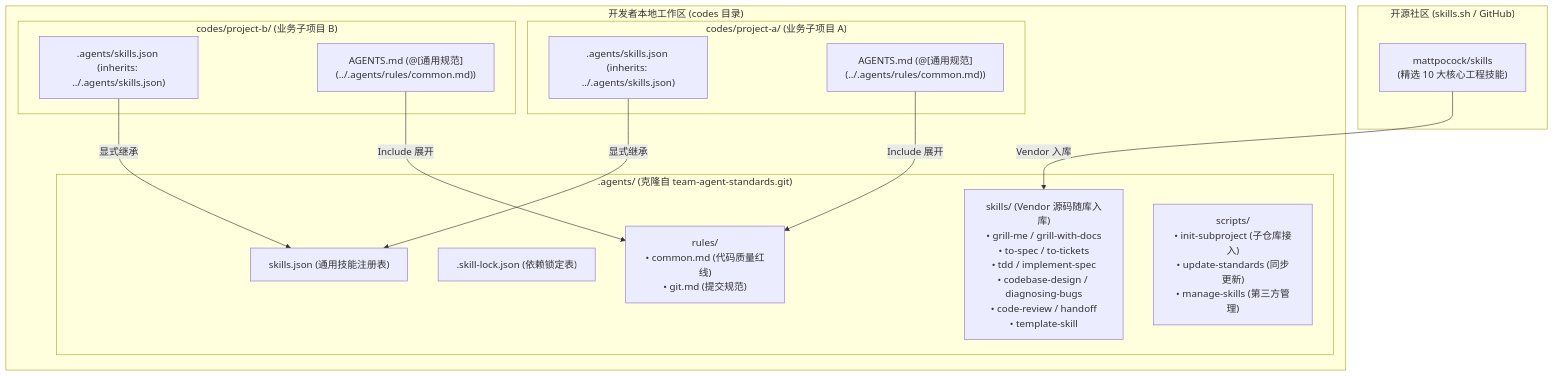
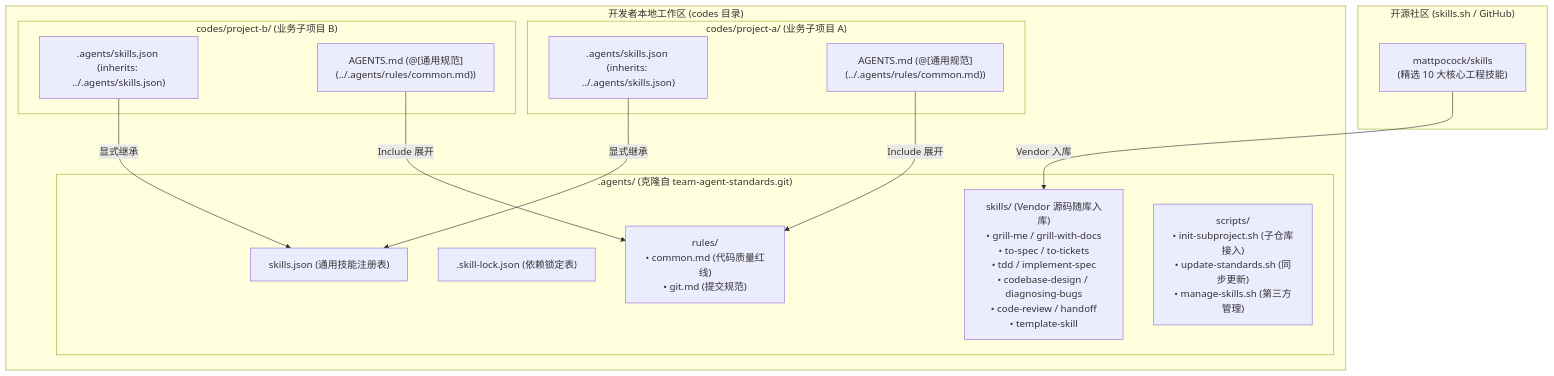
The diagram in README.md (morrain/team-agent-standards), drawn with Mermaid before and after one commit. The commit also changed other lines of this file and 8 other files, not shown here.

````diff
--- a/README.md
+++ b/README.md
@@ -25,32 +25,32 @@
 ```mermaid
 graph TD
     subgraph Upstream ["开源社区 (skills.sh / GitHub)"]
         MP["mattpocock/skills<br/>(精选 10 大核心工程技能)"]
     end
 
     subgraph DeveloperMachine ["开发者本地工作区 (codes 目录)"]
         subgraph StandardsRepo [".agents/ (克隆自 team-agent-standards.git)"]
             SJ["skills.json (通用技能注册表)"]
             Lock[".skill-lock.json (依赖锁定表)"]
             Skills["skills/ (Vendor 源码随库入库)<br/>• grill-me / grill-with-docs<br/>• to-spec / to-tickets<br/>• tdd / implement-spec<br/>• codebase-design / diagnosing-bugs<br/>• code-review / handoff<br/>• template-skill"]
             Rules["rules/<br/>• common.md (代码质量红线)<br/>• git.md (提交规范)"]
-            Scripts["scripts/<br/>• init-subproject (子仓库接入)<br/>• update-standards (同步更新)<br/>• manage-skills (第三方管理)"]
+            Scripts["scripts/<br/>• init-subproject.sh (子仓库接入)<br/>• update-standards.sh (同步更新)<br/>• manage-skills.sh (第三方管理)"]
         end
 
         subgraph ProjectA ["codes/project-a/ (业务子项目 A)"]
             ConfigA[".agents/skills.json (inherits: ../.agents/skills.json)"]
             RuleA["AGENTS.md (@[通用规范](../.agents/rules/common.md))"]
         end
 
         subgraph ProjectB ["codes/project-b/ (业务子项目 B)"]
             ConfigB[".agents/skills.json (inherits: ../.agents/skills.json)"]
             RuleB["AGENTS.md (@[通用规范](../.agents/rules/common.md))"]
         end
 
         ConfigA -->|"显式继承"| SJ
         RuleA -->|"Include 展开"| Rules
         ConfigB -->|"显式继承"| SJ
         RuleB -->|"Include 展开"| Rules
         MP -->|"Vendor 入库"| Skills
     end
 ```
````
